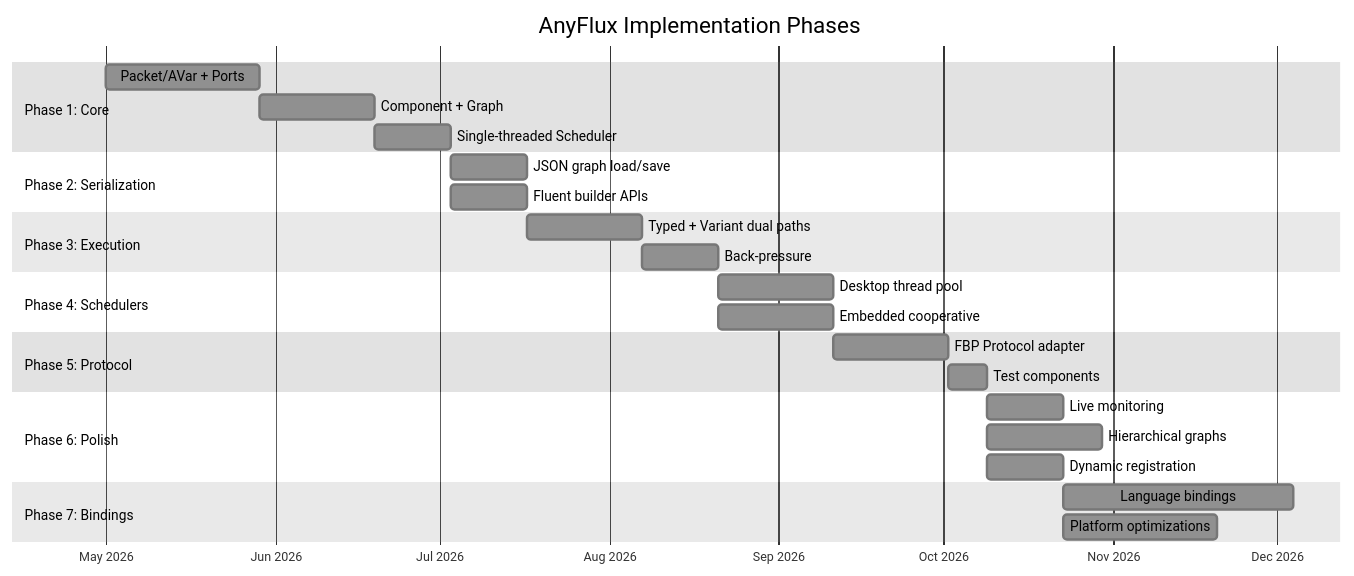
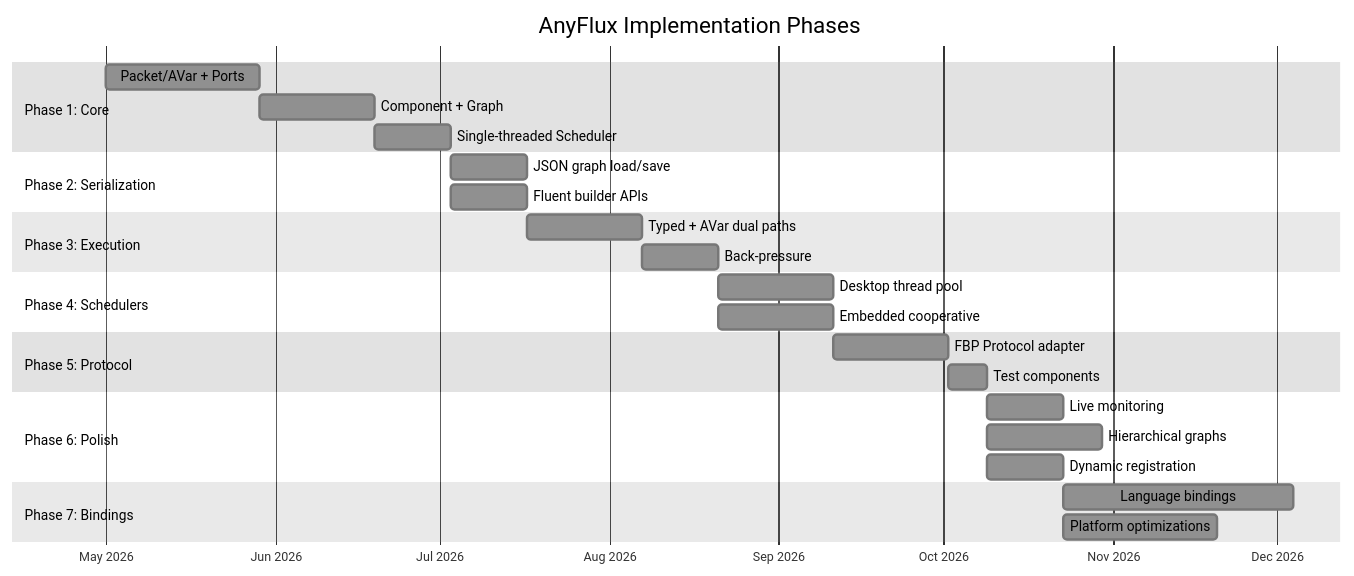
Before and after one commit to visionik/anyflux: diagram 11 of 11 in README.md, drawn with Mermaid. The commit also changed other lines of this file, not shown here.

Commit message:
docs: sync with AnyVar v0.2 — fat-pointer AVar, ABackend vtable, AVarNative, compile flags

````diff
--- a/README.md
+++ b/README.md
@@ -512,37 +538,37 @@
 ```mermaid
 %%{init: {'theme': 'base', 'themeVariables': { 'primaryColor': '#909090', 'secondaryColor': '#808080', 'tertiaryColor': '#707070', 'primaryTextColor': '#000000', 'secondaryTextColor': '#000000', 'tertiaryTextColor': '#000000', 'noteTextColor': '#000000', 'lineColor': '#404040' }}}%%
 gantt
     title AnyFlux Implementation Phases
     dateFormat YYYY-MM
     axisFormat %b %Y
 
     section Phase 1: Core
     Packet/AVar + Ports             :p1a, 2026-05, 4w
     Component + Graph               :p1b, after p1a, 3w
     Single-threaded Scheduler       :p1c, after p1b, 2w
 
     section Phase 2: Serialization
     JSON graph load/save            :p2a, after p1c, 2w
     Fluent builder APIs             :p2b, after p1c, 2w
 
     section Phase 3: Execution
-    Typed + Variant dual paths      :p3a, after p2a, 3w
+    Typed + AVar dual paths         :p3a, after p2a, 3w
     Back-pressure                   :p3b, after p3a, 2w
 
     section Phase 4: Schedulers
     Desktop thread pool             :p4a, after p3b, 3w
     Embedded cooperative            :p4b, after p3b, 3w
 
     section Phase 5: Protocol
     FBP Protocol adapter            :p5a, after p4a, 3w
     Test components                 :p5b, after p5a, 1w
 
     section Phase 6: Polish
     Live monitoring                 :p6a, after p5b, 2w
     Hierarchical graphs             :p6b, after p5b, 3w
     Dynamic registration            :p6c, after p5b, 2w
 
     section Phase 7: Bindings
     Language bindings               :p7a, after p6a, 6w
     Platform optimizations          :p7b, after p6a, 4w
 ```
````
